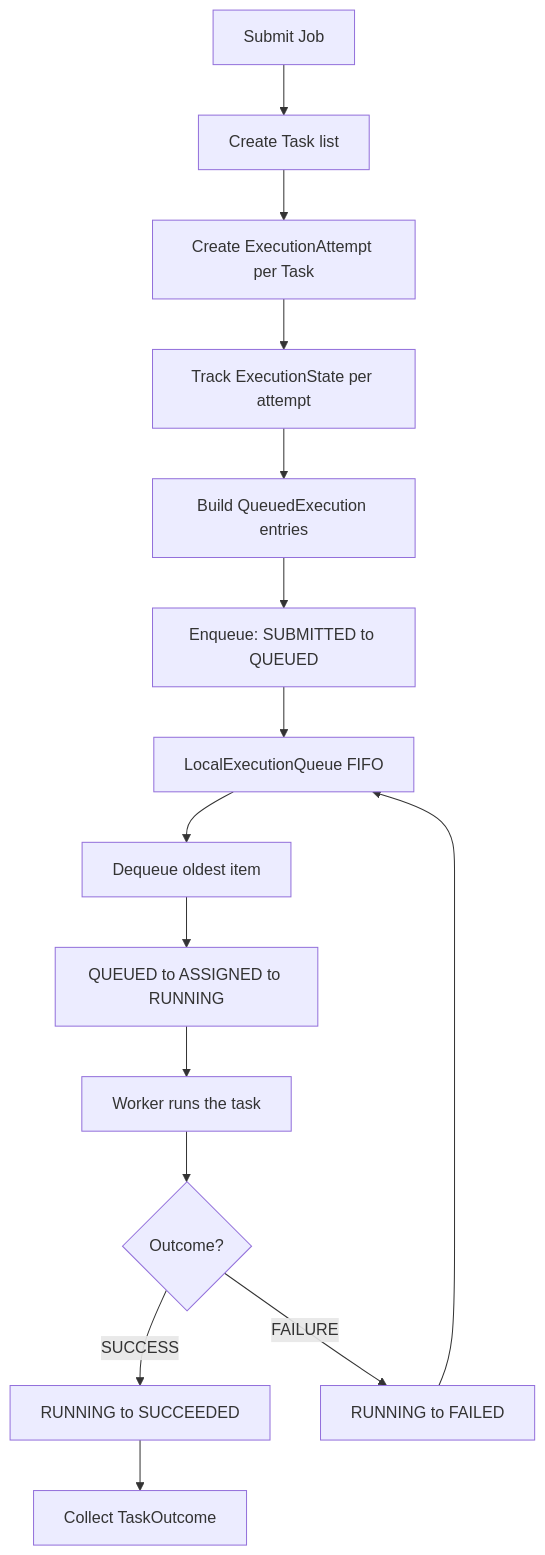
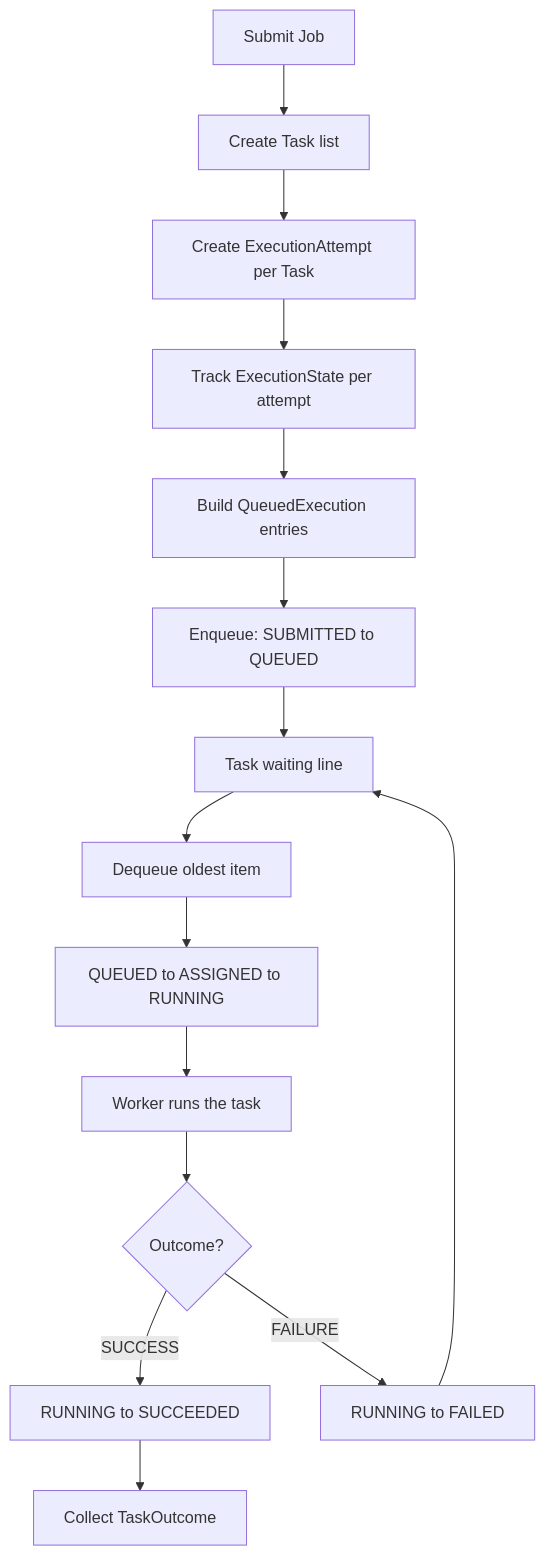
One commit to AryanArya11/eve changed the diagram in README.md. Above: the diagram before and after it, drawn with Mermaid.

Commit message:
docs: use plain English for queue step in flowchart

````diff
--- a/README.md
+++ b/README.md
@@ -40,17 +40,17 @@
 ```mermaid
 flowchart TD
     submit[Submit Job] --> tasks[Create Task list]
     tasks --> attempts[Create ExecutionAttempt per Task]
     attempts --> memory[Track ExecutionState per attempt]
     memory --> build[Build QueuedExecution entries]
     build --> enqueue["Enqueue: SUBMITTED to QUEUED"]
-    enqueue --> fifo[LocalExecutionQueue FIFO]
+    enqueue --> fifo[Task waiting line]
     fifo --> dequeue[Dequeue oldest item]
     dequeue --> assign["QUEUED to ASSIGNED to RUNNING"]
     assign --> worker["Worker runs the task"]
     worker --> success{Outcome?}
     success -->|SUCCESS| succeeded[RUNNING to SUCCEEDED]
     success -->|FAILURE| failed[RUNNING to FAILED]
     succeeded --> collect[Collect TaskOutcome]
     failed --> fifo
 ```
````
